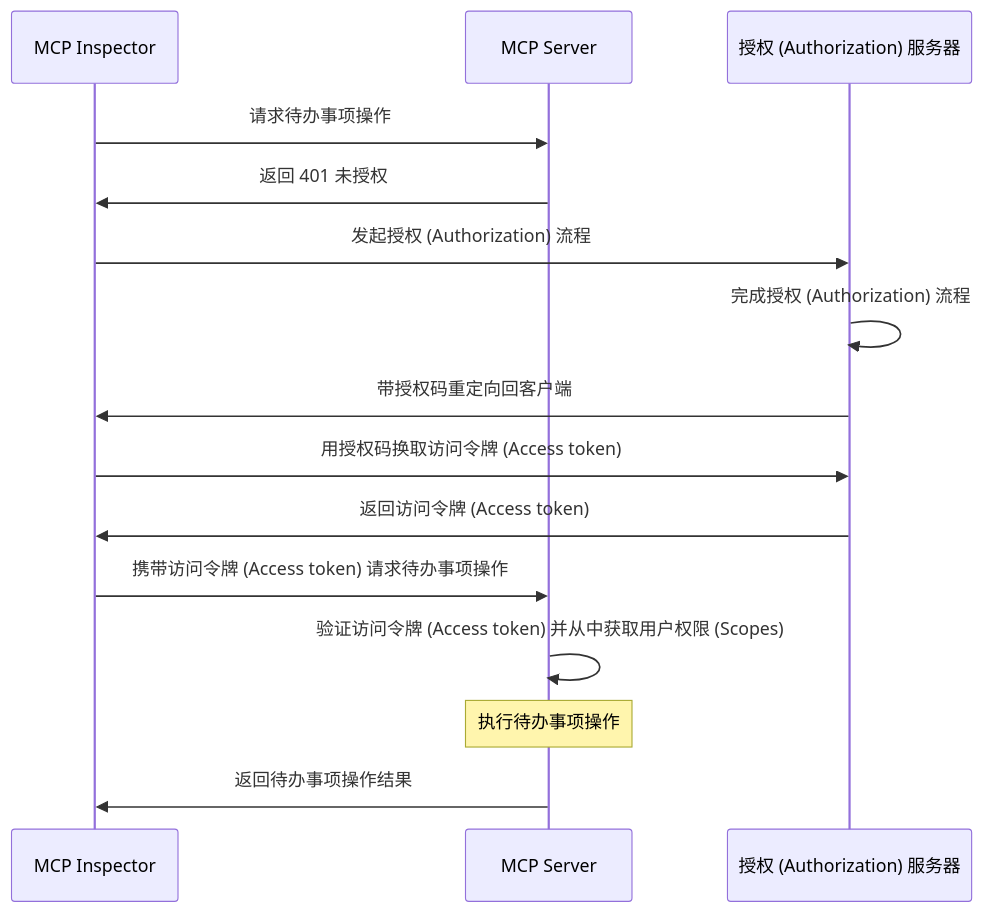
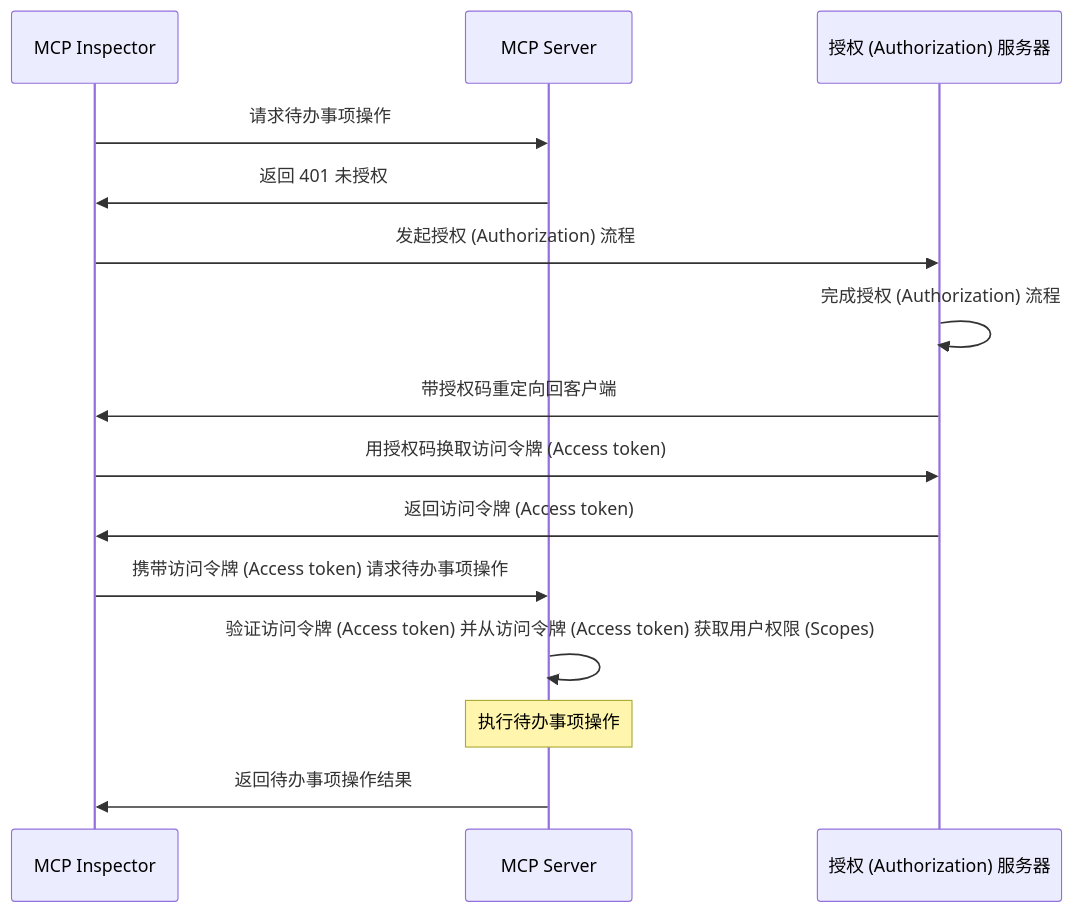
One commit to mcp-auth/docs changed the first of 2 diagrams in i18n/zh-CN/docusaurus-plugin-content-docs/current/tutorials/todo-manager/README.mdx. Above: the diagram before and after it, drawn with Mermaid. The commit also changed other lines of this file and 17 other files, not shown here.

````diff
--- a/i18n/zh-CN/docusaurus-plugin-content-docs/current/tutorials/todo-manager/README.mdx
+++ b/i18n/zh-CN/docusaurus-plugin-content-docs/current/tutorials/todo-manager/README.mdx
@@ -35,18 +35,18 @@
 ```mermaid
 sequenceDiagram
     participant Client as MCP Inspector
     participant Server as MCP Server
     participant Auth as 授权 (Authorization) 服务器
 
     Client->>Server: 请求待办事项操作
     Server->>Client: 返回 401 未授权
     Client->>Auth: 发起授权 (Authorization) 流程
     Auth->>Auth: 完成授权 (Authorization) 流程
     Auth->>Client: 带授权码重定向回客户端
     Client->>Auth: 用授权码换取访问令牌 (Access token)
     Auth->>Client: 返回访问令牌 (Access token)
     Client->>Server: 携带访问令牌 (Access token) 请求待办事项操作
-    Server->>Server: 验证访问令牌 (Access token) 并从中获取用户权限 (Scopes)
+    Server->>Server: 验证访问令牌 (Access token) 并从访问令牌 (Access token) 获取用户权限 (Scopes)
     Note over Server: 执行待办事项操作
     Server->>Client: 返回待办事项操作结果
 ```
````
